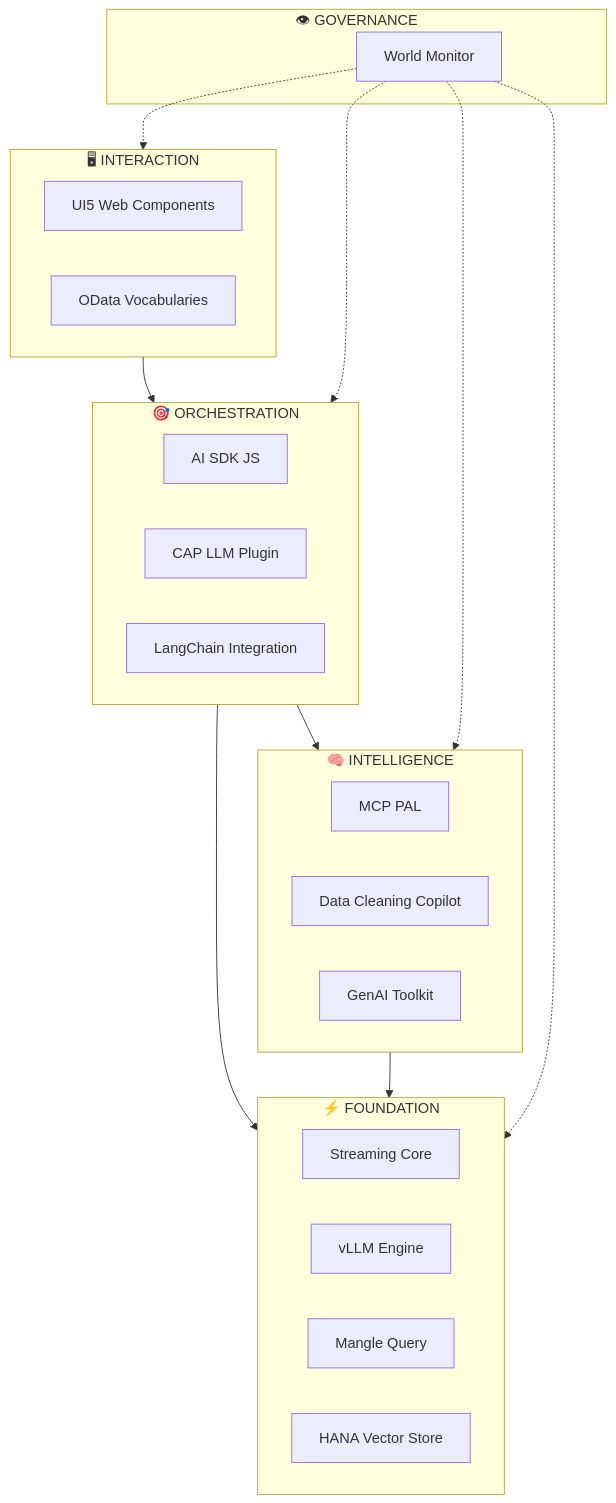
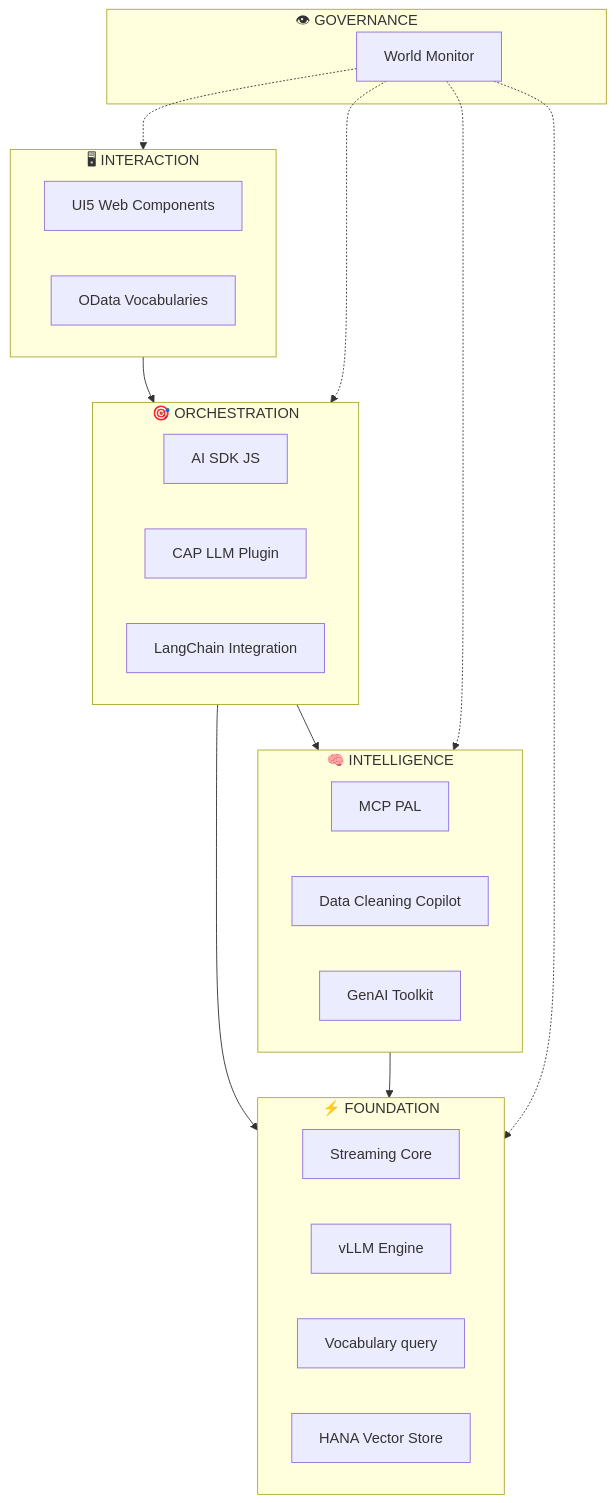
The first of 7 diagrams in docs/business-briefs/04-ensemble-of-services.md (GJKarthik/sap-oss-v1), drawn with Mermaid before and after one commit. The commit also changed other lines of this file and 2548 other files, not shown here.

````diff
--- a/docs/business-briefs/04-ensemble-of-services.md
+++ b/docs/business-briefs/04-ensemble-of-services.md
@@ -11,39 +11,39 @@
 ```mermaid
 flowchart TB
     subgraph Interaction["🖥 INTERACTION"]
         UI["UI5 Web Components"]
         ODATA["OData Vocabularies"]
     end
     
     subgraph Orchestration["🎯 ORCHESTRATION"]
         SDK["AI SDK JS"]
         CAP["CAP LLM Plugin"]
         LC["LangChain Integration"]
     end
     
     subgraph Intelligence["🧠 INTELLIGENCE"]
         PAL["MCP PAL"]
         Copilot["Data Cleaning Copilot"]
         Toolkit["GenAI Toolkit"]
     end
     
     subgraph Foundation["⚡ FOUNDATION"]
         Stream["Streaming Core"]
         VLLM["vLLM Engine"]
-        Mangle["Mangle Query"]
+        DataPrep["Vocabulary query"]
         HVS["HANA Vector Store"]
     end
     
     subgraph Governance["👁 GOVERNANCE"]
         Monitor["World Monitor"]
     end
     
     Interaction --> Orchestration
     Orchestration --> Intelligence
     Orchestration --> Foundation
     Intelligence --> Foundation
     Monitor -.-> Interaction
     Monitor -.-> Orchestration
     Monitor -.-> Intelligence
     Monitor -.-> Foundation
 ```
````
